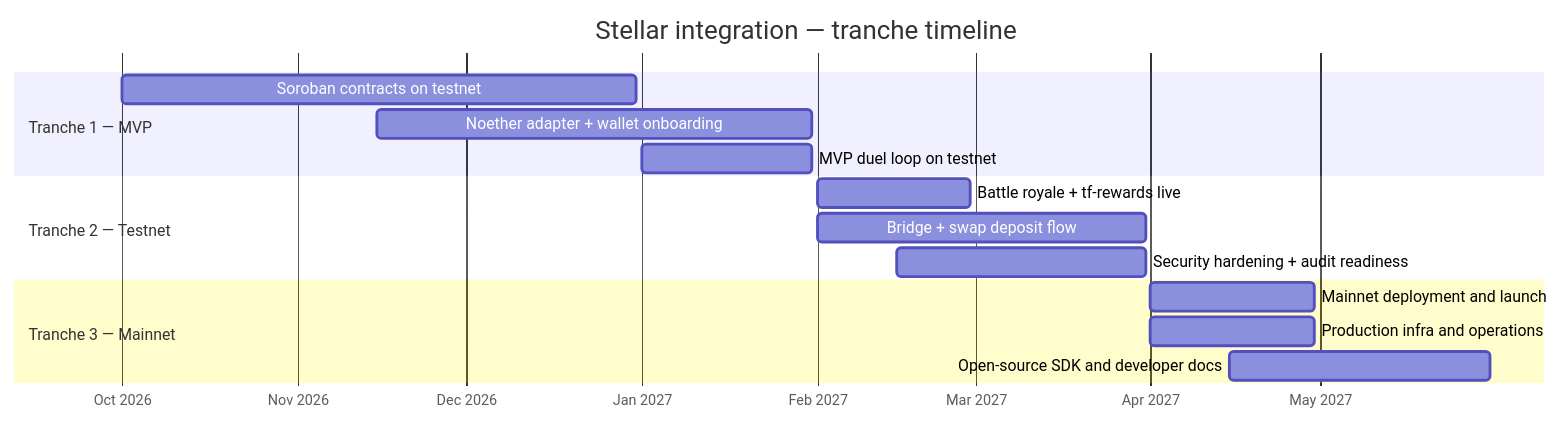
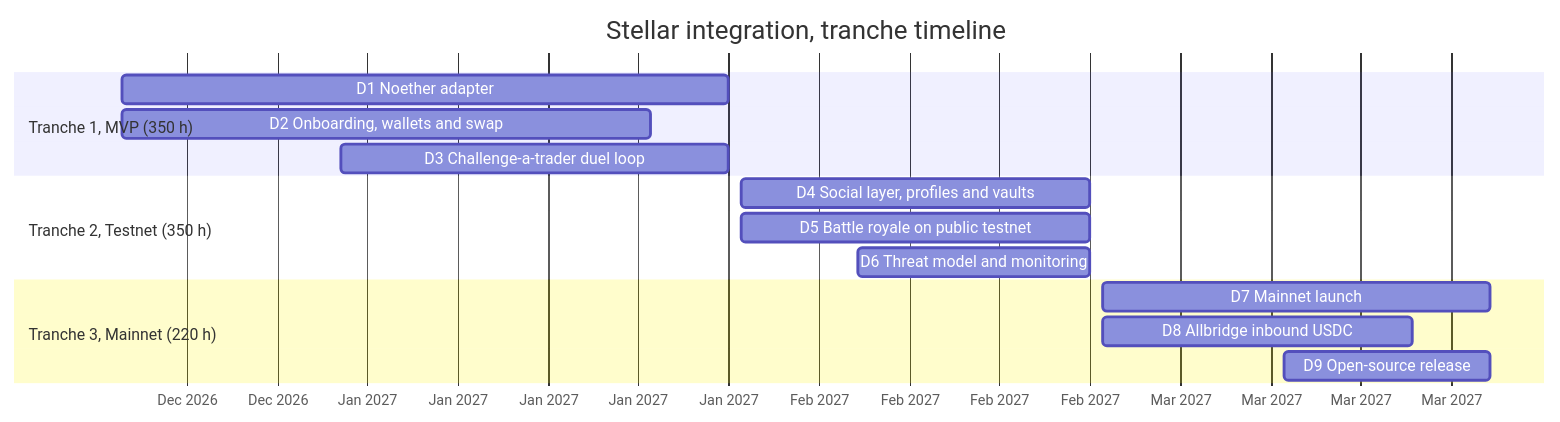
The diagram in docs/ROADMAP.md (tradefighters/stellar-integration), drawn with Mermaid before and after one commit. The commit also changed other lines of this file and 6 other files, not shown here.

````diff
--- a/docs/ROADMAP.md
+++ b/docs/ROADMAP.md
@@ -8,21 +12,21 @@
 ```mermaid
 gantt
-    title Stellar integration — tranche timeline
+    title Stellar integration, tranche timeline
     dateFormat YYYY-MM-DD
     axisFormat %b %Y
 
-    section Tranche 1 — MVP
-    Soroban contracts on testnet         :t1a, 2026-10-01, 2026-12-31
-    Noether adapter + wallet onboarding  :t1b, 2026-11-15, 2027-01-31
-    MVP duel loop on testnet             :t1c, 2027-01-01, 2027-01-31
+    section Tranche 1, MVP (350 h)
+    D1 Noether adapter                      :t1a, 2026-12-15, 2027-01-31
+    D2 Onboarding, wallets and swap         :t1b, 2026-12-15, 2027-01-25
+    D3 Challenge-a-trader duel loop         :t1c, 2027-01-01, 2027-01-31
 
-    section Tranche 2 — Testnet
-    Battle royale + tf-rewards live      :t2a, 2027-02-01, 2027-02-28
-    Bridge + swap deposit flow           :t2b, 2027-02-01, 2027-03-31
-    Security hardening + audit readiness :t2c, 2027-02-15, 2027-03-31
+    section Tranche 2, Testnet (350 h)
+    D4 Social layer, profiles and vaults    :t2a, 2027-02-01, 2027-02-28
+    D5 Battle royale on public testnet      :t2b, 2027-02-01, 2027-02-28
+    D6 Threat model and monitoring          :t2c, 2027-02-10, 2027-02-28
 
-    section Tranche 3 — Mainnet
-    Mainnet deployment and launch        :t3a, 2027-04-01, 2027-04-30
-    Production infra and operations      :t3b, 2027-04-01, 2027-04-30
-    Open-source SDK and developer docs   :t3c, 2027-04-15, 2027-05-31
+    section Tranche 3, Mainnet (220 h)
+    D7 Mainnet launch                       :t3a, 2027-03-01, 2027-03-31
+    D8 Allbridge inbound USDC               :t3b, 2027-03-01, 2027-03-25
+    D9 Open-source release                  :t3c, 2027-03-15, 2027-03-31
 ```
````
